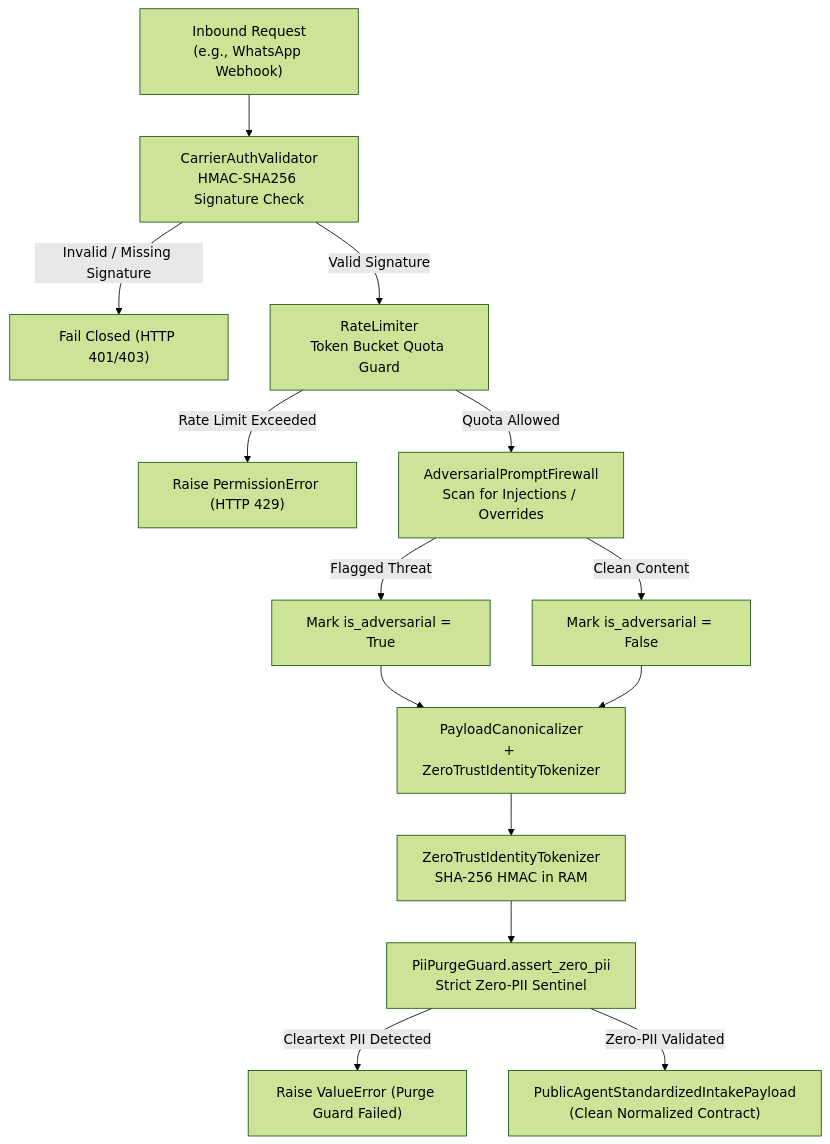
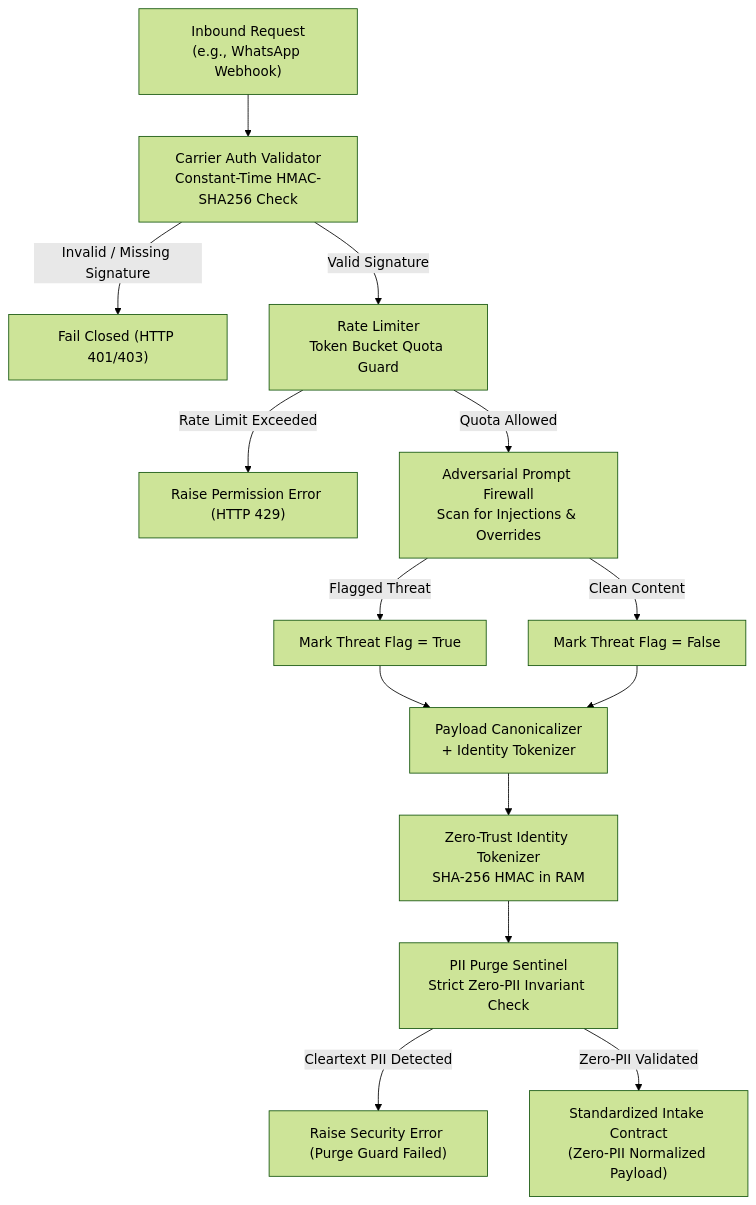
The second of 6 diagrams in docs/end_to_end_code_flow.md (gargmishu/agristack-dbt-core), drawn with Mermaid (forest theme) before and after one commit. The commit also changed other lines of this file and 11 other files, not shown here.

````diff
--- a/docs/end_to_end_code_flow.md
+++ b/docs/end_to_end_code_flow.md
@@ -103,16 +103,16 @@
 ```mermaid
 flowchart TD
-    A["Inbound Request<br/>(e.g., WhatsApp Webhook)"] --> B["CarrierAuthValidator<br/>HMAC-SHA256 Signature Check"]
+    A["Inbound Request<br/>(e.g., WhatsApp Webhook)"] --> B["Carrier Auth Validator<br/>Constant-Time HMAC-SHA256 Check"]
     B -- "Invalid / Missing Signature" --> B1["Fail Closed (HTTP 401/403)"]
-    B -- "Valid Signature" --> C["RateLimiter<br/>Token Bucket Quota Guard"]
-    C -- "Rate Limit Exceeded" --> C1["Raise PermissionError (HTTP 429)"]
-    C -- "Quota Allowed" --> D["AdversarialPromptFirewall<br/>Scan for Injections / Overrides"]
-    D -- "Flagged Threat" --> D1["Mark is_adversarial = True"]
-    D -- "Clean Content" --> D2["Mark is_adversarial = False"]
-    D1 --> E["PayloadCanonicalizer<br/>+ ZeroTrustIdentityTokenizer"]
+    B -- "Valid Signature" --> C["Rate Limiter<br/>Token Bucket Quota Guard"]
+    C -- "Rate Limit Exceeded" --> C1["Raise Permission Error (HTTP 429)"]
+    C -- "Quota Allowed" --> D["Adversarial Prompt Firewall<br/>Scan for Injections & Overrides"]
+    D -- "Flagged Threat" --> D1["Mark Threat Flag = True"]
+    D -- "Clean Content" --> D2["Mark Threat Flag = False"]
+    D1 --> E["Payload Canonicalizer<br/>+ Identity Tokenizer"]
     D2 --> E
-    E --> F["ZeroTrustIdentityTokenizer<br/>SHA-256 HMAC in RAM"]
-    F --> G["PiiPurgeGuard.assert_zero_pii<br/>Strict Zero-PII Sentinel"]
-    G -- "Cleartext PII Detected" --> G1["Raise ValueError (Purge Guard Failed)"]
-    G -- "Zero-PII Validated" --> H["PublicAgentStandardizedIntakePayload<br/>(Clean Normalized Contract)"]
+    E --> F["Zero-Trust Identity Tokenizer<br/>SHA-256 HMAC in RAM"]
+    F --> G["PII Purge Sentinel<br/>Strict Zero-PII Invariant Check"]
+    G -- "Cleartext PII Detected" --> G1["Raise Security Error (Purge Guard Failed)"]
+    G -- "Zero-PII Validated" --> H["Standardized Intake Contract<br/>(Zero-PII Normalized Payload)"]
 ```
````
